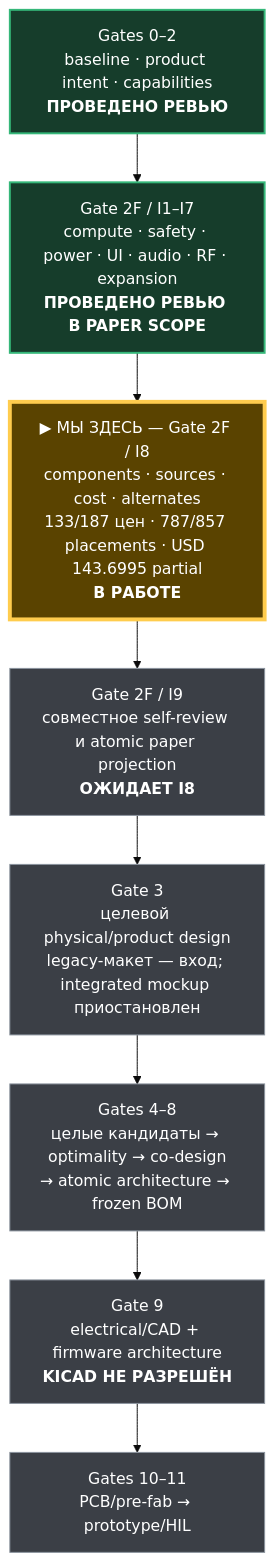
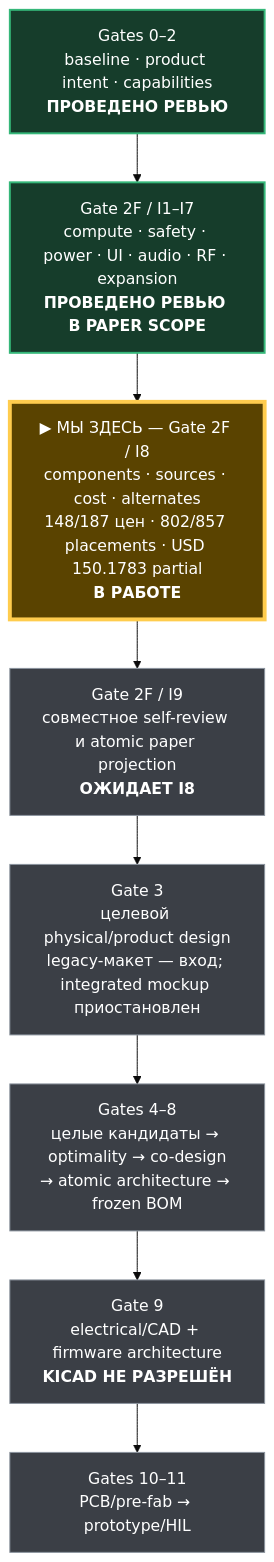
One commit to anton-vinogradov/esp32-leshy2 changed the diagram in docs/review/stages.md. Above: the diagram before and after it, drawn with Mermaid (base theme). The commit also changed other lines of this file and 34 other files, not shown here.

````diff
--- a/docs/review/stages.md
+++ b/docs/review/stages.md
@@ -15,20 +15,20 @@
 ```mermaid
 flowchart TD
   G02["Gates 0–2<br/>baseline · product intent · capabilities<br/><b>ПРОВЕДЕНО РЕВЬЮ</b>"]
   I17["Gate 2F / I1–I7<br/>compute · safety · power · UI · audio · RF · expansion<br/><b>ПРОВЕДЕНО РЕВЬЮ В PAPER SCOPE</b>"]
-  I8["▶ МЫ ЗДЕСЬ — Gate 2F / I8<br/>components · sources · cost · alternates<br/>133/187 цен · 787/857 placements · USD 143.6995 partial<br/><b>В РАБОТЕ</b>"]
+  I8["▶ МЫ ЗДЕСЬ — Gate 2F / I8<br/>components · sources · cost · alternates<br/>148/187 цен · 802/857 placements · USD 150.1783 partial<br/><b>В РАБОТЕ</b>"]
   I9["Gate 2F / I9<br/>совместное self-review и atomic paper projection<br/><b>ОЖИДАЕТ I8</b>"]
   G3["Gate 3<br/>целевой physical/product design<br/>legacy-макет — вход; integrated mockup приостановлен"]
   G48["Gates 4–8<br/>целые кандидаты → optimality → co-design<br/>→ atomic architecture → frozen BOM"]
   G9["Gate 9<br/>electrical/CAD + firmware architecture<br/><b>KICAD НЕ РАЗРЕШЁН</b>"]
   G1011["Gates 10–11<br/>PCB/pre-fab → prototype/HIL"]
 
   G02 --> I17 --> I8 --> I9 --> G3 --> G48 --> G9 --> G1011
 
   classDef reviewed fill:#163d2b,stroke:#35b779,color:#ffffff,stroke-width:2px;
   classDef current fill:#5a4300,stroke:#ffcc4d,color:#ffffff,stroke-width:4px;
   classDef blocked fill:#3b3f46,stroke:#8b949e,color:#ffffff,stroke-width:1px;
   class G02,I17 reviewed;
   class I8 current;
   class I9,G3,G48,G9,G1011 blocked;
 ```
````
